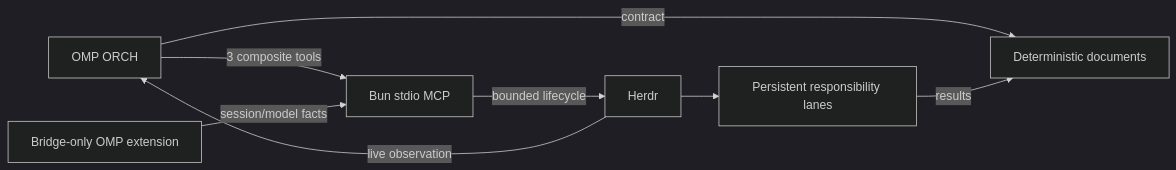
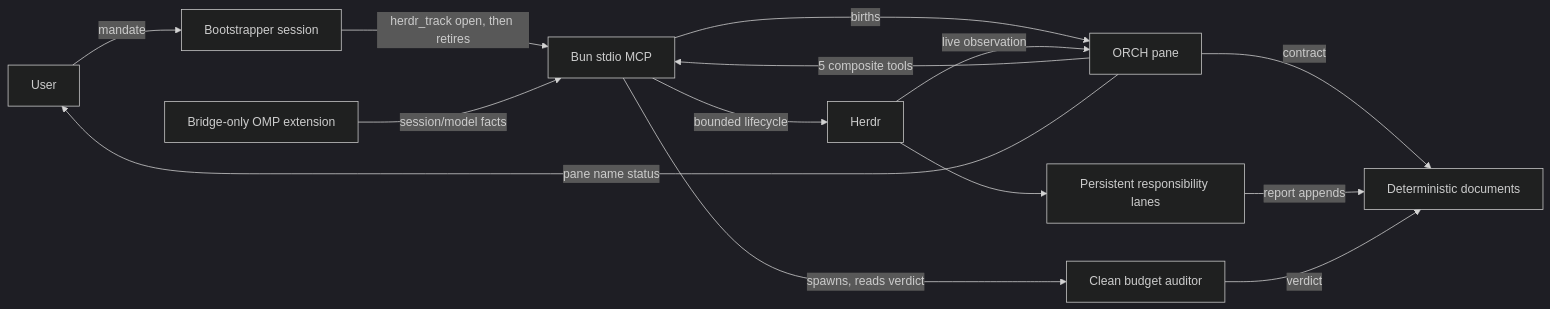
The first of 2 diagrams in docs/ARCHITECTURE.md (edgar-min/herdr-delegator), drawn with Mermaid (dark theme) before and after one commit. The commit also changed other lines of this file and 13 other files, not shown here.

````diff
--- a/docs/ARCHITECTURE.md
+++ b/docs/ARCHITECTURE.md
@@ -18,10 +20,16 @@
 ```mermaid
 flowchart LR
-  O[OMP ORCH] -->|contract| D[Deterministic documents]
-  O -->|3 composite tools| M[Bun stdio MCP]
+  U[User] -->|mandate| B[Bootstrapper session]
+  B -->|herdr_track open, then retires| M[Bun stdio MCP]
+  M -->|births| O[ORCH pane]
+  O -->|contract| D[Deterministic documents]
+  O -->|5 composite tools| M
   X[Bridge-only OMP extension] -->|session/model facts| M
   M -->|bounded lifecycle| H[Herdr]
   H --> W[Persistent responsibility lanes]
-  W -->|results| D
+  W -->|report appends| D
+  M -->|spawns, reads verdict| A[Clean budget auditor]
+  A -->|verdict| D
   H -->|live observation| O
+  O -->|pane name status| U
 ```
````
